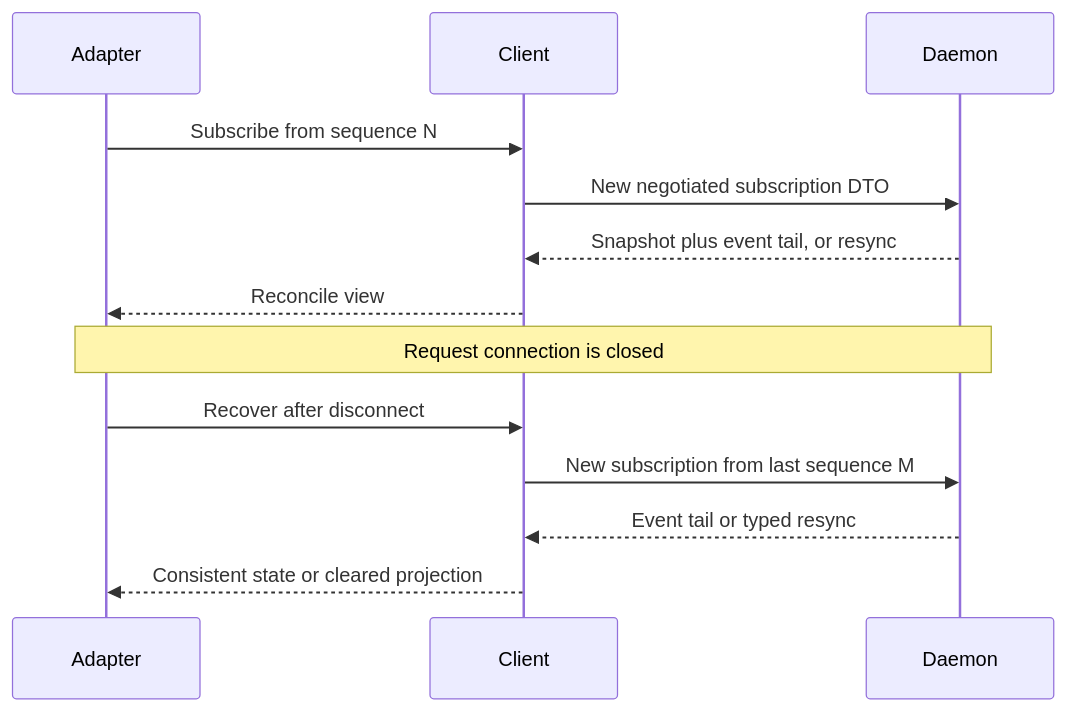
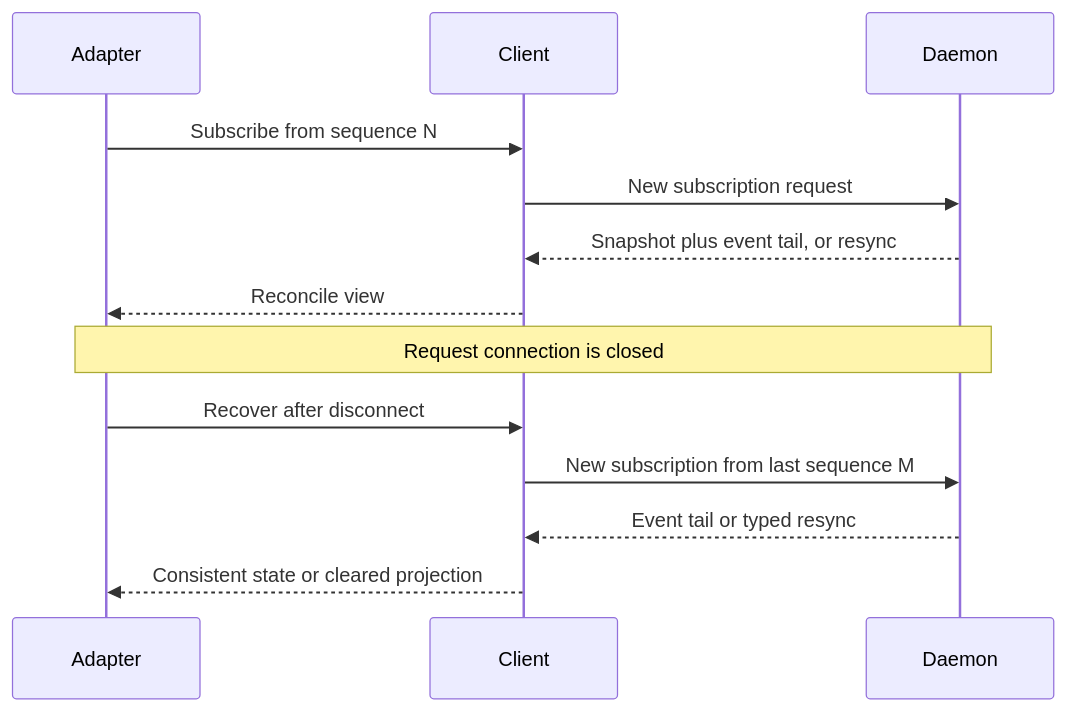
The second of 2 diagrams in docs/intention-relay/architecture/03-daemon-transport-and-adapters.md (y0tsy/intention-relay), drawn with Mermaid before and after one commit. The commit also changed other lines of this file and 119 other files, not shown here.

````diff
--- a/docs/intention-relay/architecture/03-daemon-transport-and-adapters.md
+++ b/docs/intention-relay/architecture/03-daemon-transport-and-adapters.md
@@ -238,16 +273,16 @@
 ```mermaid
 sequenceDiagram
   participant AD as Adapter
   participant CL as Client
   participant DM as Daemon
 
   AD->>CL: Subscribe from sequence N
-  CL->>DM: New negotiated subscription DTO
+  CL->>DM: New subscription request
   DM-->>CL: Snapshot plus event tail, or resync
   CL-->>AD: Reconcile view
   Note over AD,DM: Request connection is closed
   AD->>CL: Recover after disconnect
   CL->>DM: New subscription from last sequence M
   DM-->>CL: Event tail or typed resync
   CL-->>AD: Consistent state or cleared projection
 ```
````
